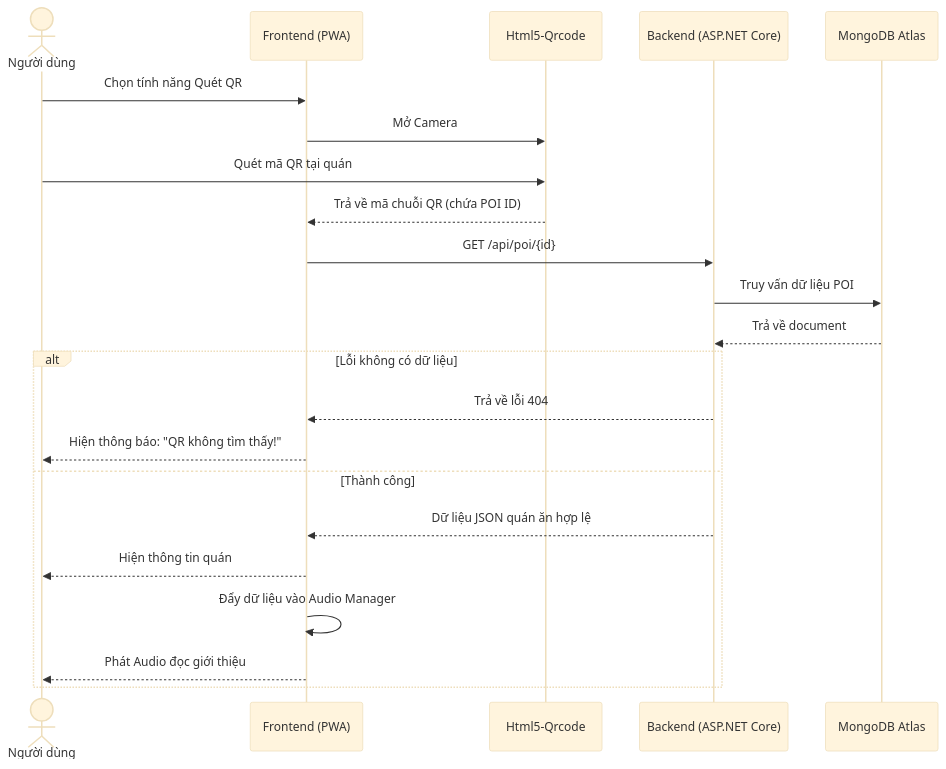
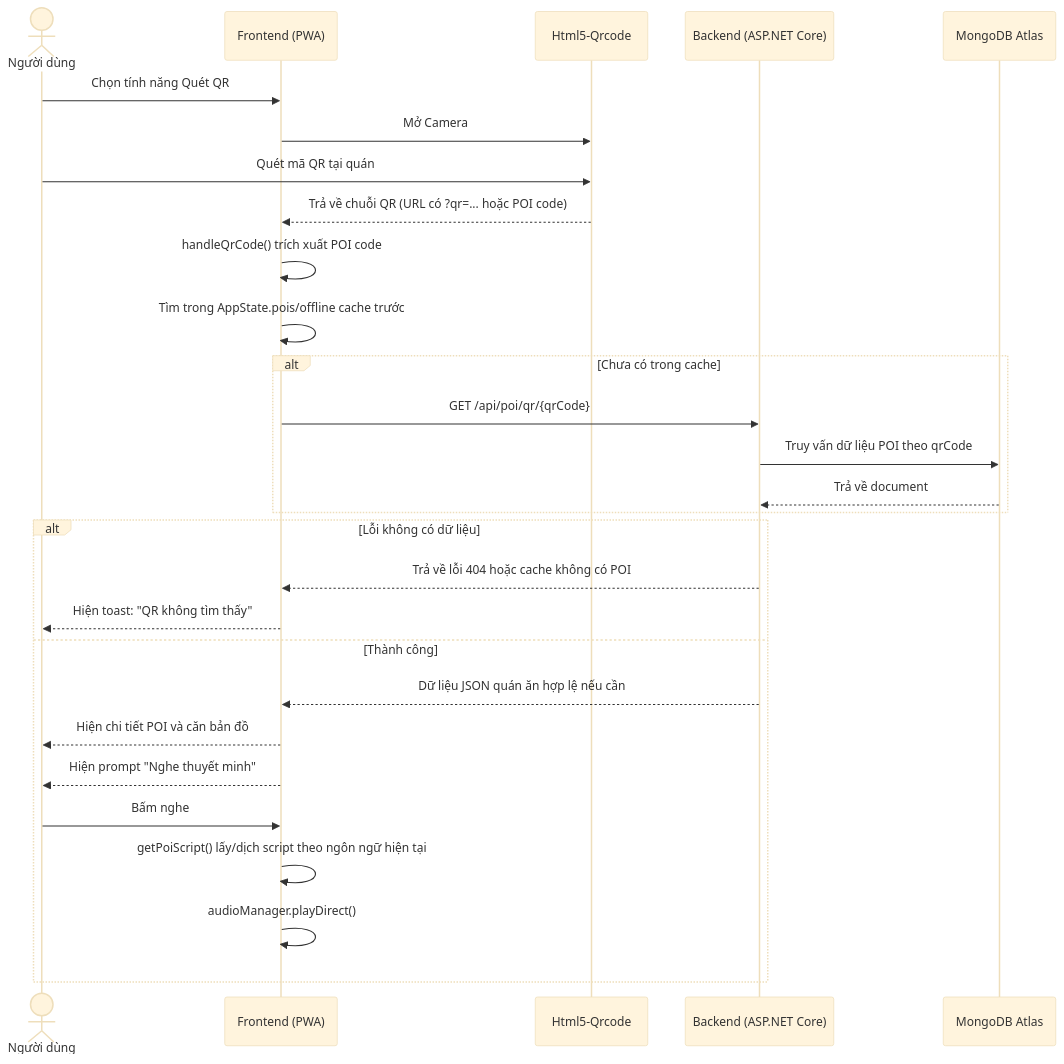
The second of 7 diagrams in PRD_VinhKhanh_Final2.md (Hzyl/CShape), drawn with Mermaid (base theme) before and after one commit. The commit also changed other lines of this file and 57 other files, not shown here.

````diff
--- a/PRD_VinhKhanh_Final2.md
+++ b/PRD_VinhKhanh_Final2.md
@@ -144,27 +173,33 @@
 ```mermaid
 sequenceDiagram
     actor User as Người dùng
     participant App as Frontend (PWA)
     participant Scanner as Html5-Qrcode
     participant API as Backend (ASP.NET Core)
     participant DB as MongoDB Atlas
 
     User->>App: Chọn tính năng Quét QR
     App->>Scanner: Mở Camera
     User->>Scanner: Quét mã QR tại quán
-    Scanner-->>App: Trả về mã chuỗi QR (chứa POI ID)
+    Scanner-->>App: Trả về chuỗi QR (URL có ?qr=... hoặc POI code)
+    App->>App: handleQrCode() trích xuất POI code
     
-    App->>API: GET /api/poi/{id}
-    API->>DB: Truy vấn dữ liệu POI
-    DB-->>API: Trả về document
+    App->>App: Tìm trong AppState.pois/offline cache trước
+    alt Chưa có trong cache
+        App->>API: GET /api/poi/qr/{qrCode}
+        API->>DB: Truy vấn dữ liệu POI theo qrCode
+        DB-->>API: Trả về document
+    end
     
     alt Lỗi không có dữ liệu
-        API-->>App: Trả về lỗi 404
-        App-->>User: Hiện thông báo: "QR không tìm thấy!"
+        API-->>App: Trả về lỗi 404 hoặc cache không có POI
+        App-->>User: Hiện toast: "QR không tìm thấy"
     else Thành công
-        API-->>App: Dữ liệu JSON quán ăn hợp lệ
-        App-->>User: Hiện thông tin quán
-        App->>App: Đẩy dữ liệu vào Audio Manager
-        App-->>User: Phát Audio đọc giới thiệu
+        API-->>App: Dữ liệu JSON quán ăn hợp lệ nếu cần
+        App-->>User: Hiện chi tiết POI và căn bản đồ
+        App-->>User: Hiện prompt "Nghe thuyết minh"
+        User->>App: Bấm nghe
+        App->>App: getPoiScript() lấy/dịch script theo ngôn ngữ hiện tại
+        App->>App: audioManager.playDirect()
     end
 ```
````
